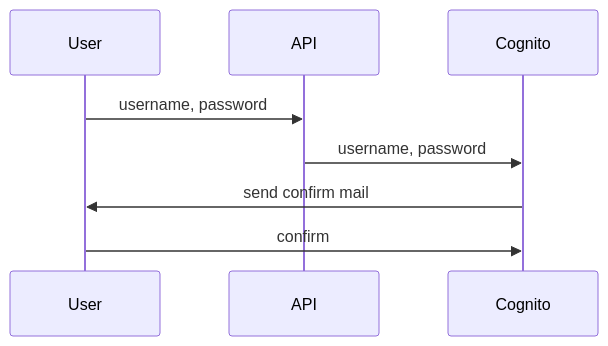
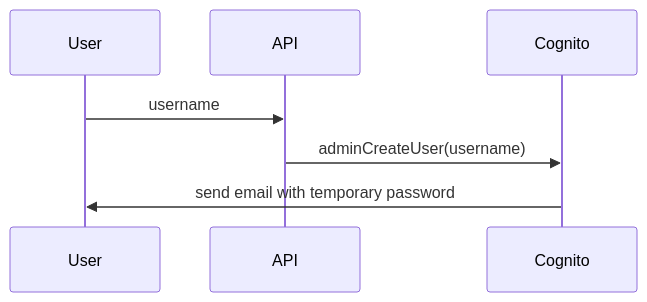
Before and after one commit to kunidesuyo/laravel-sandbox: the diagram in documents/AWS-Cognito/memo.md, drawn with Mermaid. The commit also changed other lines of this file and 1 other file, not shown here.

````diff
--- a/documents/AWS-Cognito/memo.md
+++ b/documents/AWS-Cognito/memo.md
@@ -45,7 +47,6 @@
 ```mermaid
 sequenceDiagram
-  User->>API: username, password
-  API->>Cognito: username, password
-  Cognito->>User: send confirm mail
-  User->>Cognito: confirm
+  User->>API: username
+  API->>Cognito: adminCreateUser(username)
+  Cognito->>User: send email with temporary password
 ```
````
